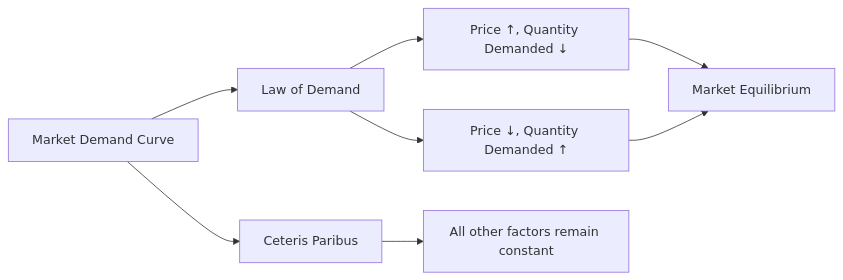
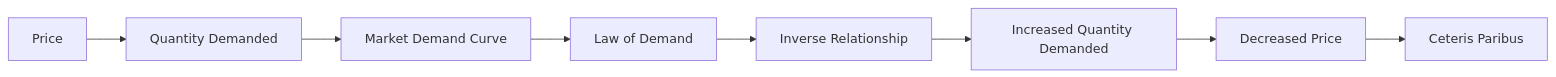
One commit to DagimAlemayehuu/Ater changed the diagram in Obsidian_Vault/2-Academic/Winter 2026/Economics/2_Theory_Of_Demand_And_Supply/Market_Demand_Curve.md. Above: the diagram before and after it, drawn with Mermaid. The commit also changed other lines of this file and 52 other files, not shown here.

````diff
--- a/Obsidian_Vault/2-Academic/Winter 2026/Economics/2_Theory_Of_Demand_And_Supply/Market_Demand_Curve.md
+++ b/Obsidian_Vault/2-Academic/Winter 2026/Economics/2_Theory_Of_Demand_And_Supply/Market_Demand_Curve.md
@@ -34,12 +34,12 @@
 ```mermaid
 
 graph LR
-    A[Market Demand Curve] --> B[Law of Demand]
-    B --> C[Price ↑, Quantity Demanded ↓]
-    B --> D[Price ↓, Quantity Demanded ↑]
-    A --> E[Ceteris Paribus]
-    E --> F[All other factors remain constant]
-    C --> G[Market Equilibrium]
-    D --> G
+    A[Price] --> B[Quantity Demanded]
+    B --> C[Market Demand Curve]
+    C --> D[Law of Demand]
+    D --> E[Inverse Relationship]
+    E --> F[Increased Quantity Demanded]
+    F --> G[Decreased Price]
+    G --> H[Ceteris Paribus]
 
 ```
````
